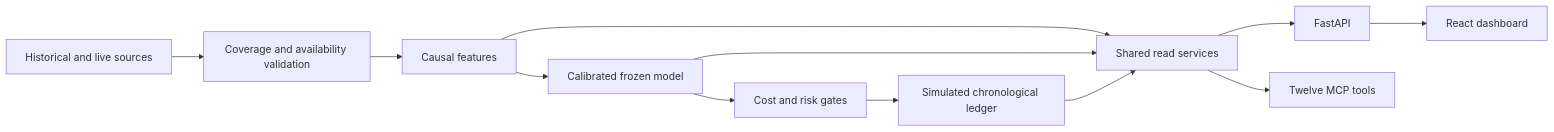
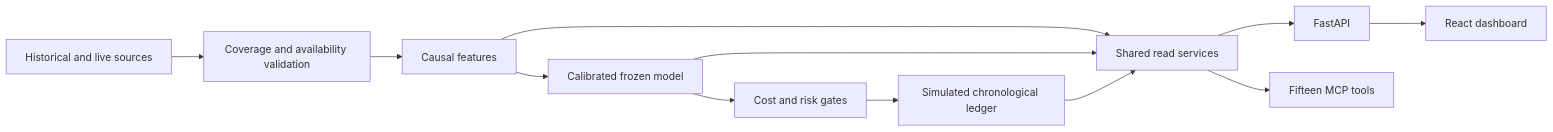
Before and after one commit to Jaideep27/Qunat-Pilot-BTC: the diagram in README.md, drawn with Mermaid. The commit also changed other lines of this file and 2 other files, not shown here.

````diff
--- a/README.md
+++ b/README.md
@@ -104,14 +106,14 @@
 ```mermaid
 flowchart LR
     Sources[Historical and live sources] --> Audit[Coverage and availability validation]
     Audit --> Features[Causal features]
     Features --> Model[Calibrated frozen model]
     Model --> Risk[Cost and risk gates]
     Risk --> Ledger[Simulated chronological ledger]
     Features --> Services[Shared read services]
     Model --> Services
     Ledger --> Services
     Services --> API[FastAPI]
-    Services --> MCP[Twelve MCP tools]
+    Services --> MCP[Fifteen MCP tools]
     API --> UI[React dashboard]
 ```
````
